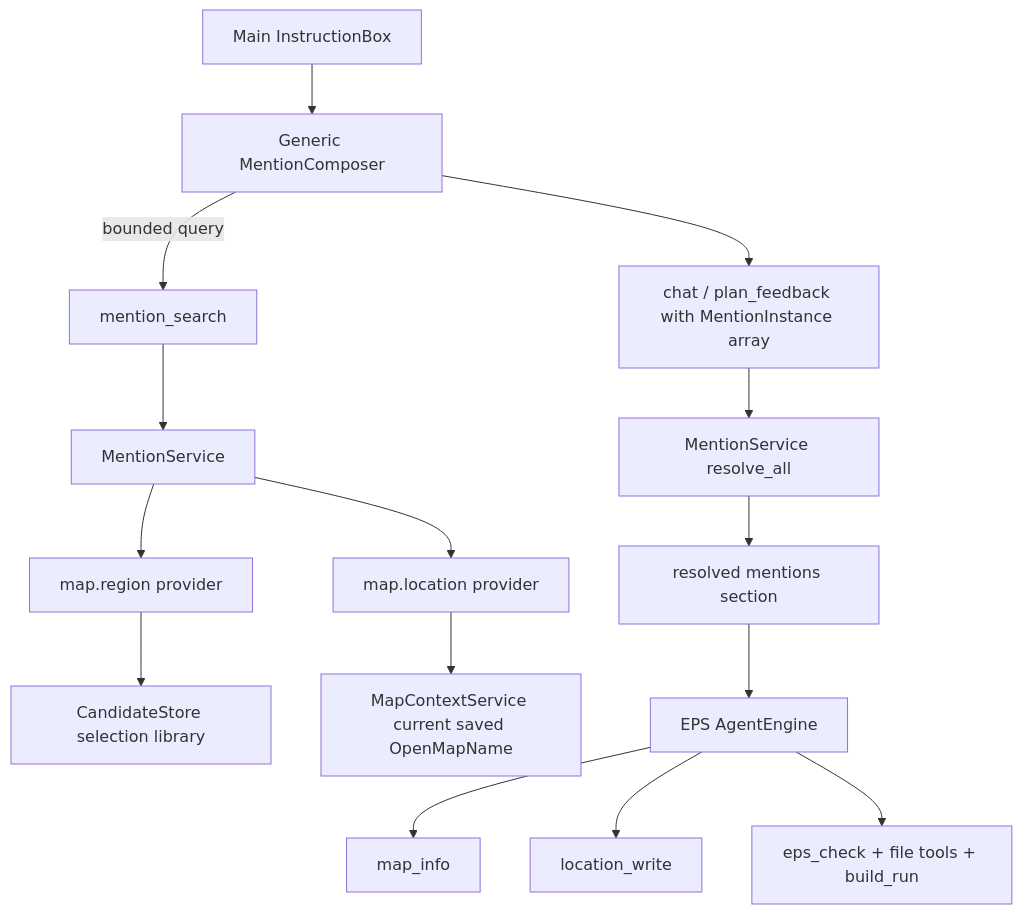
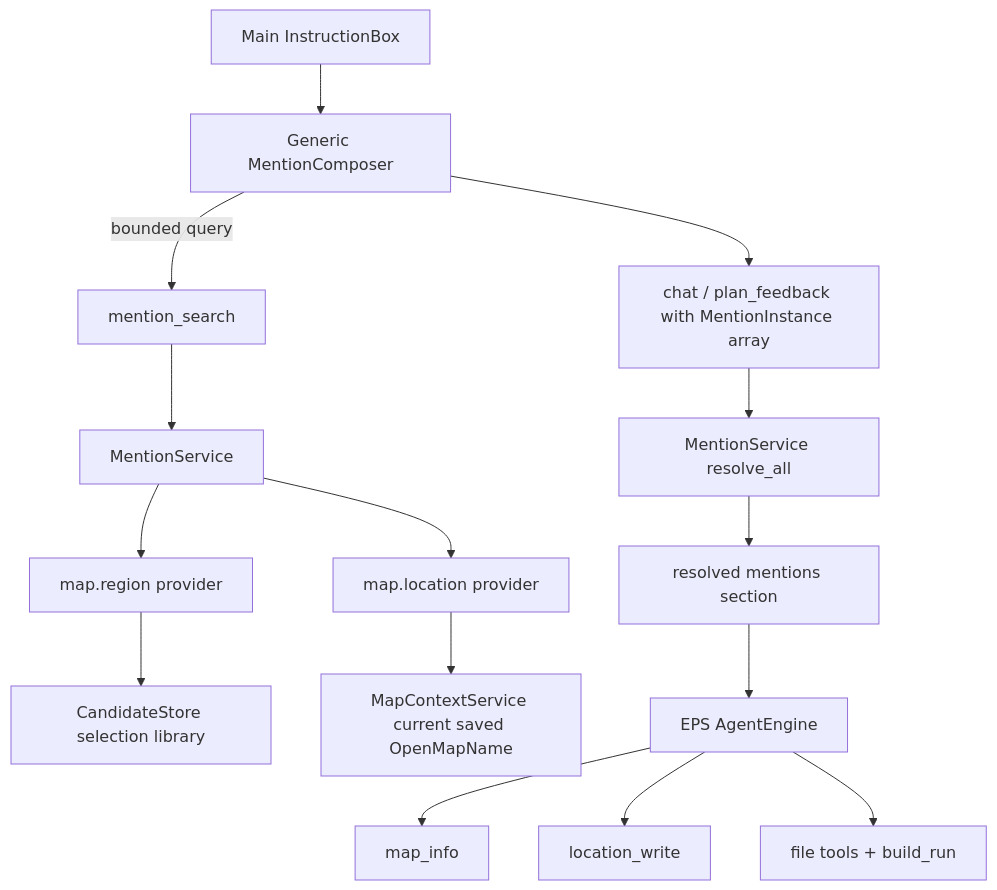
The diagram in hivemind/docs/features/resource-mentions-plan.md (raravel/eud-agent), drawn with Mermaid before and after one commit. The commit also changed other lines of this file and 36 other files, not shown here.

Commit message:
refactor: remove eps_check preflight

````diff
--- a/hivemind/docs/features/resource-mentions-plan.md
+++ b/hivemind/docs/features/resource-mentions-plan.md
@@ -515,17 +514,17 @@
 ```mermaid
 graph TD
     Input[Main InstructionBox] --> Composer[Generic MentionComposer]
     Composer -->|bounded query| SearchIPC[mention_search]
     SearchIPC --> MentionSvc[MentionService]
     MentionSvc --> RegionProvider[map.region provider]
     MentionSvc --> LocationProvider[map.location provider]
     RegionProvider --> SelectionLibrary[CandidateStore selection library]
     LocationProvider --> CurrentMap[MapContextService current saved OpenMapName]
     Composer --> Chat[chat / plan_feedback with MentionInstance array]
     Chat --> Resolve[MentionService resolve_all]
     Resolve --> Trusted[resolved mentions section]
     Trusted --> EpsEngine[EPS AgentEngine]
     EpsEngine --> MapInfo[map_info]
     EpsEngine --> LocWrite[location_write]
-    EpsEngine --> EpsTools[eps_check + file tools + build_run]
+    EpsEngine --> EpsTools[file tools + build_run]
 ```
````
